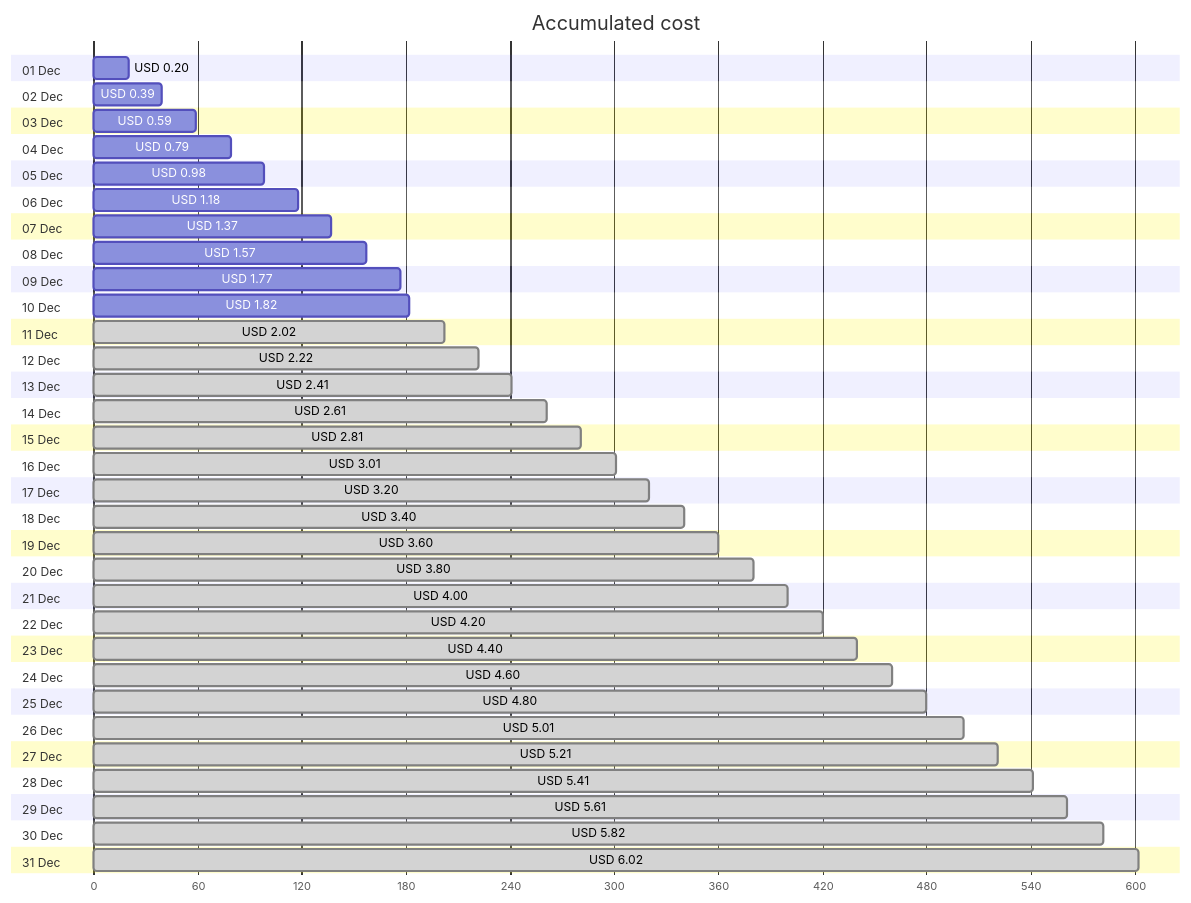
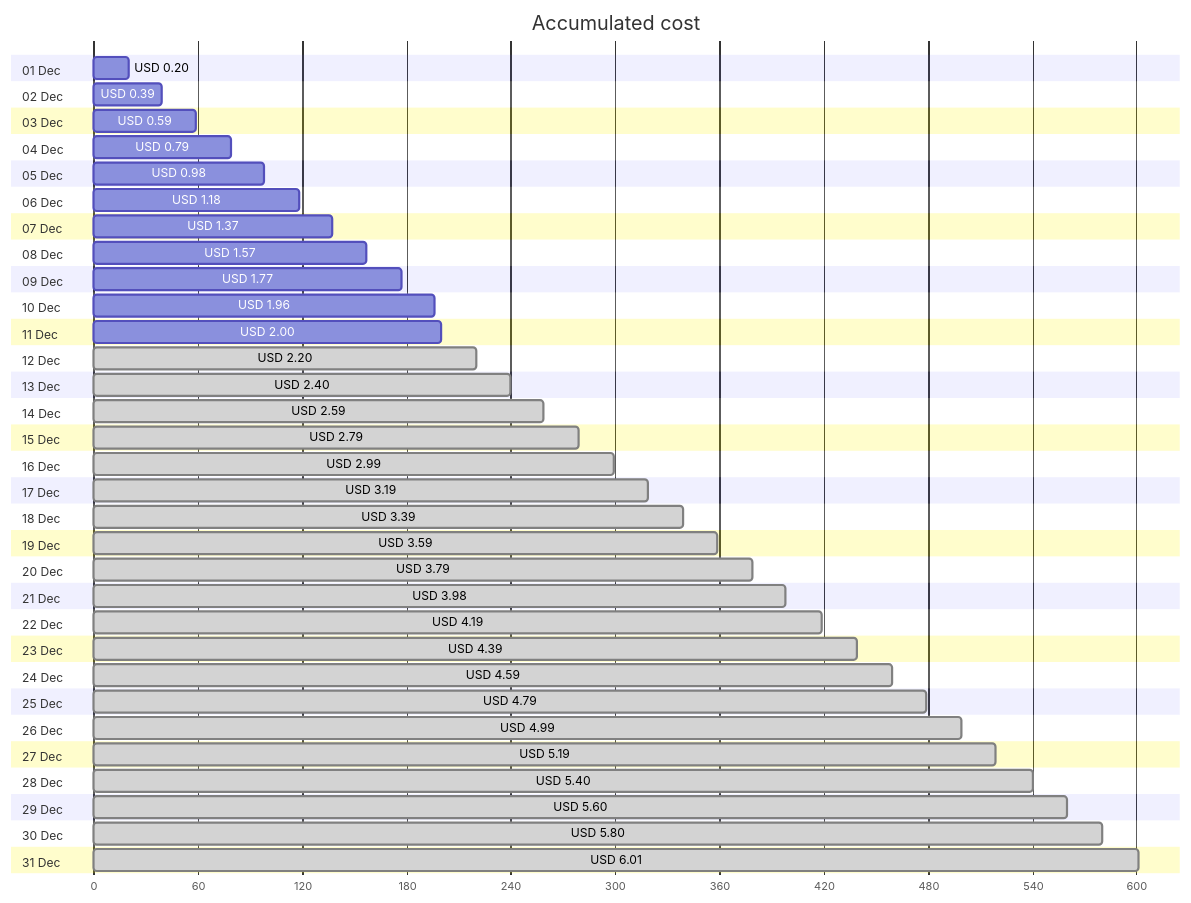
Before and after one commit to jpfulton/azure-personal-reports: the first of 4 diagrams in cost-reports/personal-network/backup-server.md, drawn with Mermaid. The commit also changed other lines of this file and 8 other files, not shown here.

````diff
--- a/cost-reports/personal-network/backup-server.md
+++ b/cost-reports/personal-network/backup-server.md
@@ -20,68 +20,68 @@
 ```mermaid
 gantt
    title Accumulated cost
    dateFormat  X
    axisFormat %s
    section 01 Dec
    USD 0.20 :0, 20
    section 02 Dec
    USD 0.39 :0, 39
    section 03 Dec
    USD 0.59 :0, 59
    section 04 Dec
    USD 0.79 :0, 79
    section 05 Dec
    USD 0.98 :0, 98
    section 06 Dec
    USD 1.18 :0, 118
    section 07 Dec
    USD 1.37 :0, 137
    section 08 Dec
    USD 1.57 :0, 157
    section 09 Dec
    USD 1.77 :0, 177
    section 10 Dec
-   USD 1.82 :0, 182
+   USD 1.96 :0, 196
    section 11 Dec
-   USD 2.02 : done, 0, 202
+   USD 2.00 :0, 200
    section 12 Dec
-   USD 2.22 : done, 0, 222
+   USD 2.20 : done, 0, 220
    section 13 Dec
-   USD 2.41 : done, 0, 241
+   USD 2.40 : done, 0, 240
    section 14 Dec
-   USD 2.61 : done, 0, 261
+   USD 2.59 : done, 0, 259
    section 15 Dec
-   USD 2.81 : done, 0, 281
+   USD 2.79 : done, 0, 279
    section 16 Dec
-   USD 3.01 : done, 0, 301
+   USD 2.99 : done, 0, 299
    section 17 Dec
-   USD 3.20 : done, 0, 320
+   USD 3.19 : done, 0, 319
    section 18 Dec
-   USD 3.40 : done, 0, 340
+   USD 3.39 : done, 0, 339
    section 19 Dec
-   USD 3.60 : done, 0, 360
+   USD 3.59 : done, 0, 359
    section 20 Dec
-   USD 3.80 : done, 0, 380
+   USD 3.79 : done, 0, 379
    section 21 Dec
-   USD 4.00 : done, 0, 400
+   USD 3.98 : done, 0, 398
    section 22 Dec
-   USD 4.20 : done, 0, 420
+   USD 4.19 : done, 0, 419
    section 23 Dec
-   USD 4.40 : done, 0, 440
+   USD 4.39 : done, 0, 439
    section 24 Dec
-   USD 4.60 : done, 0, 460
+   USD 4.59 : done, 0, 459
    section 25 Dec
-   USD 4.80 : done, 0, 480
+   USD 4.79 : done, 0, 479
    section 26 Dec
-   USD 5.01 : done, 0, 501
+   USD 4.99 : done, 0, 499
    section 27 Dec
-   USD 5.21 : done, 0, 521
+   USD 5.19 : done, 0, 519
    section 28 Dec
-   USD 5.41 : done, 0, 541
+   USD 5.40 : done, 0, 540
    section 29 Dec
-   USD 5.61 : done, 0, 561
+   USD 5.60 : done, 0, 560
    section 30 Dec
-   USD 5.82 : done, 0, 582
+   USD 5.80 : done, 0, 580
    section 31 Dec
-   USD 6.02 : done, 0, 602
+   USD 6.01 : done, 0, 601
 ```
````
